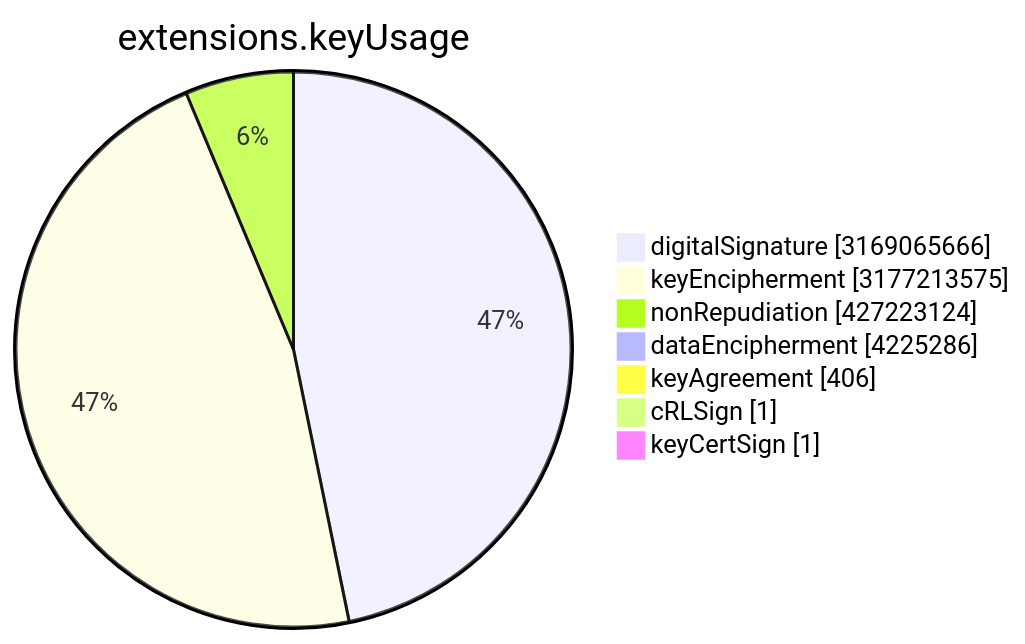
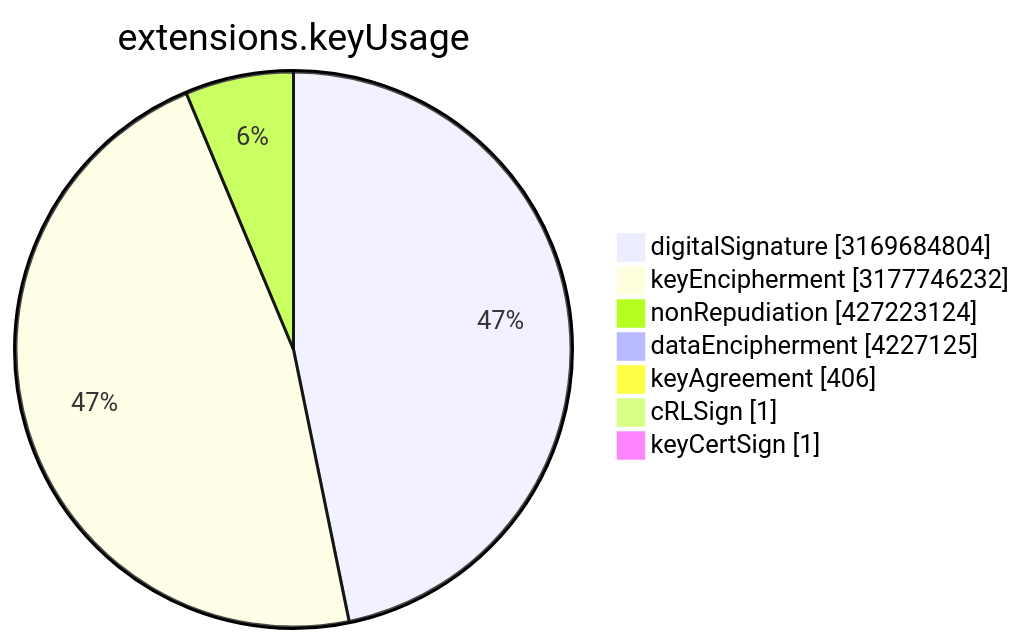
The sixth of 15 diagrams in TOTAL/README.md (christiankrug/ctmonitor_visualization), drawn with Mermaid before and after one commit. The commit also changed other lines of this file, not shown here.

````diff
--- a/TOTAL/README.md
+++ b/TOTAL/README.md
@@ -3077,11 +3077,11 @@
 ```mermaid
 pie showData
 title extensions.keyUsage
-"digitalSignature" :3169065666
-"keyEncipherment" :3177213575
+"digitalSignature" :3169684804
+"keyEncipherment" :3177746232
 "nonRepudiation" :427223124
-"dataEncipherment" :4225286
+"dataEncipherment" :4227125
 "keyAgreement" :406
 "cRLSign" :1
 "keyCertSign" :1
 ```
````
